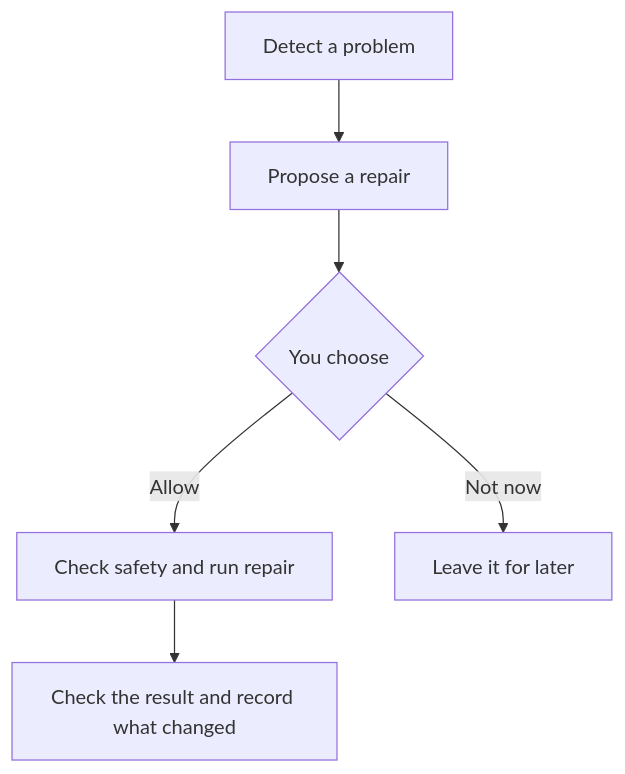
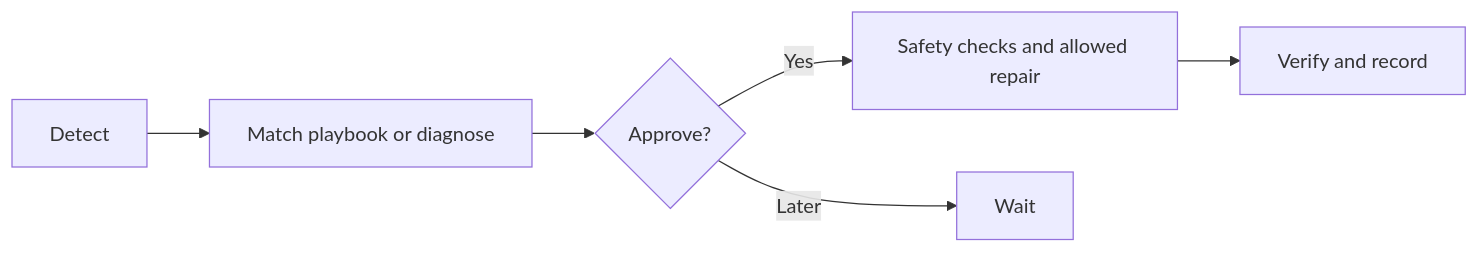
Before and after one commit to NghiemNgocDuc/SystemX: the diagram in README.md, drawn with Mermaid. The commit also changed other lines of this file, not shown here.

````diff
--- a/README.md
+++ b/README.md
@@ -28,8 +22,8 @@
 ```mermaid
-flowchart TD
-    detect["Detect a problem"] --> plan["Propose a repair"]
-    plan --> choice{"You choose"}
-    choice -->|Allow| repair["Check safety and run repair"]
-    choice -->|Not now| wait["Leave it for later"]
-    repair --> result["Check the result and record what changed"]
+flowchart LR
+  detect["Detect"] --> diagnose["Match playbook or diagnose"]
+  diagnose --> ask{"Approve?"}
+  ask -->|Yes| repair["Safety checks and allowed repair"]
+  ask -->|Later| wait["Wait"]
+  repair --> result["Verify and record"]
 ```
````
